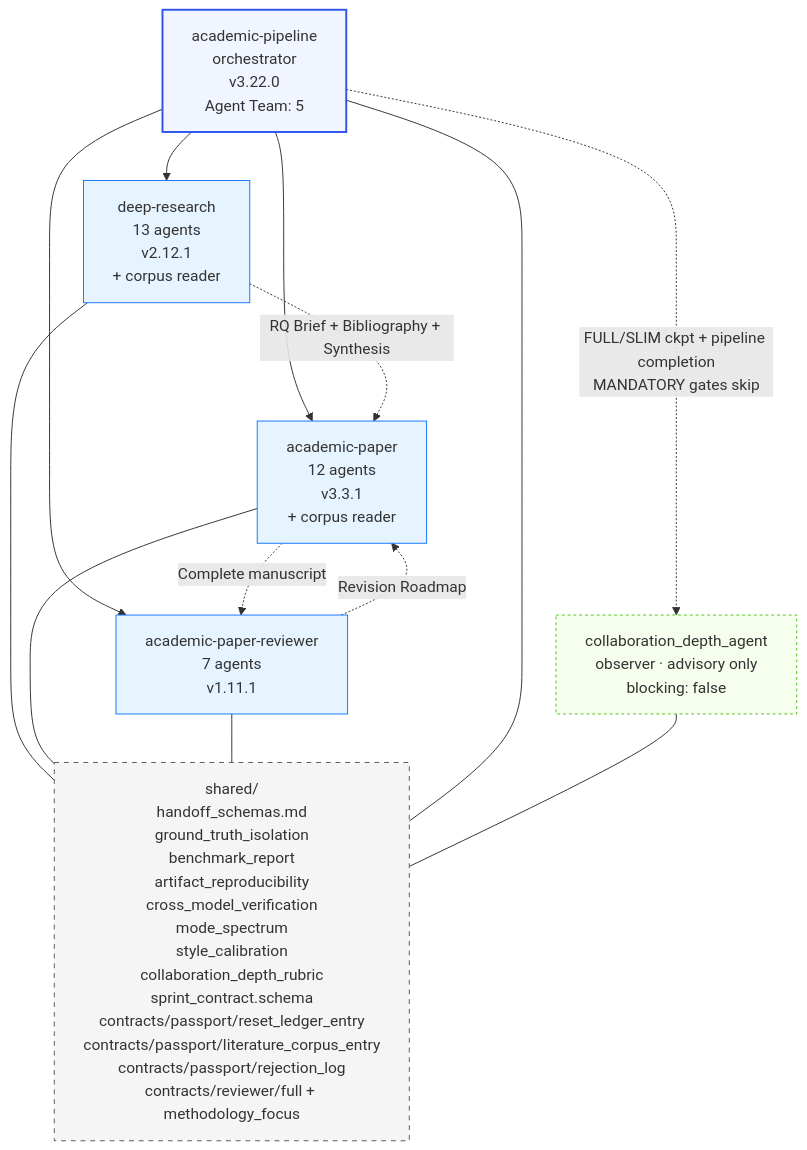
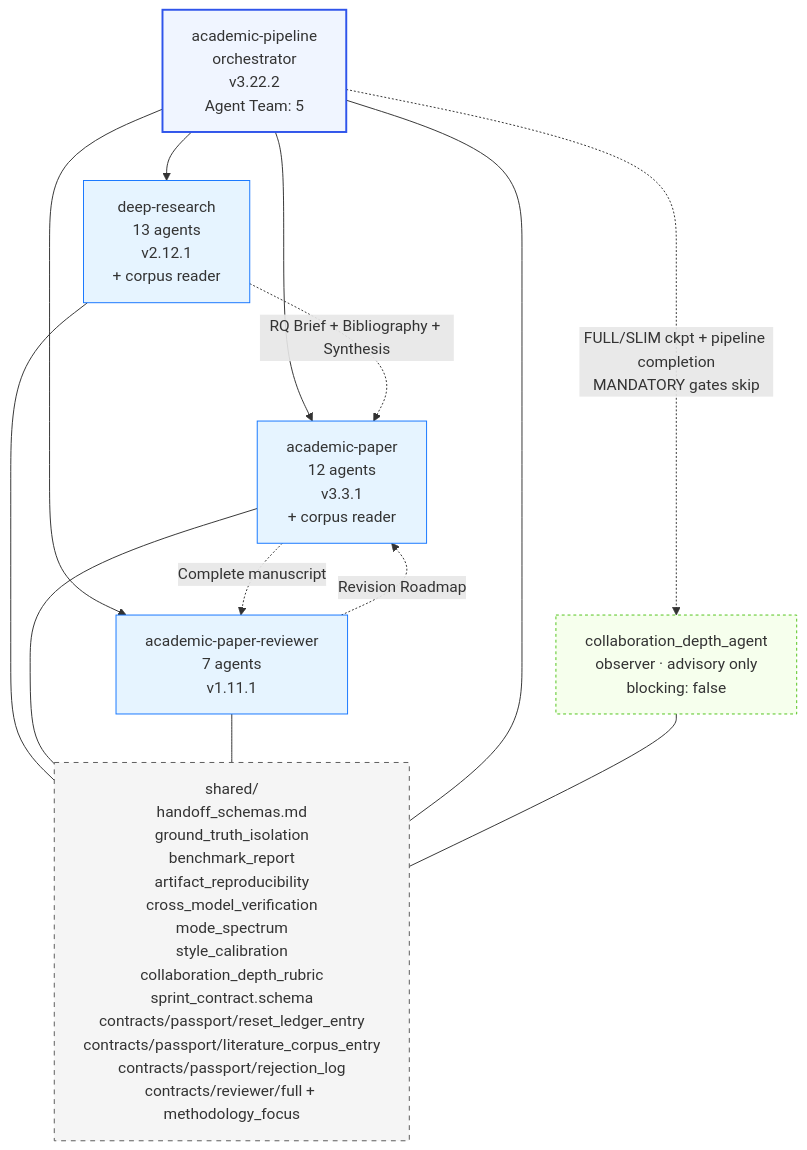
The fourth of 5 diagrams in archives/Imbad0202__academic-research-skills/snapshot/docs/ARCHITECTURE.md (viseshrp/ai-skills-archive), drawn with Mermaid before and after one commit. The commit also changed other lines of this file and 450 other files, not shown here.

````diff
--- a/archives/Imbad0202__academic-research-skills/snapshot/docs/ARCHITECTURE.md
+++ b/archives/Imbad0202__academic-research-skills/snapshot/docs/ARCHITECTURE.md
@@ -218,31 +218,31 @@
 ```mermaid
 graph TD
-    Pipeline[academic-pipeline<br/>orchestrator<br/>v3.22.0<br/>Agent Team: 5]
+    Pipeline[academic-pipeline<br/>orchestrator<br/>v3.22.2<br/>Agent Team: 5]
     Observer[collaboration_depth_agent<br/>observer · advisory only<br/>blocking: false]
     DR[deep-research<br/>13 agents<br/>v2.12.1<br/>+ corpus reader]
     AP[academic-paper<br/>12 agents<br/>v3.3.1<br/>+ corpus reader]
     APR[academic-paper-reviewer<br/>7 agents<br/>v1.11.1]
     Shared[shared/<br/>handoff_schemas.md<br/>ground_truth_isolation<br/>benchmark_report<br/>artifact_reproducibility<br/>cross_model_verification<br/>mode_spectrum<br/>style_calibration<br/>collaboration_depth_rubric<br/>sprint_contract.schema<br/>contracts/passport/reset_ledger_entry<br/>contracts/passport/literature_corpus_entry<br/>contracts/passport/rejection_log<br/>contracts/reviewer/full + methodology_focus]
 
     Pipeline --> DR
     Pipeline --> AP
     Pipeline --> APR
     Pipeline -. "FULL/SLIM ckpt + pipeline completion<br/>MANDATORY gates skip" .-> Observer
     DR -. "RQ Brief + Bibliography + Synthesis" .-> AP
     AP -. "Complete manuscript" .-> APR
     APR -. "Revision Roadmap" .-> AP
     DR --- Shared
     AP --- Shared
     APR --- Shared
     Pipeline --- Shared
     Observer --- Shared
 
     classDef orch fill:#f0f5ff,stroke:#2f54eb,stroke-width:2px
     classDef skill fill:#e6f4ff,stroke:#1677ff
     classDef shared fill:#f5f5f5,stroke:#595959,stroke-dasharray:5 5
     classDef observer fill:#f6ffed,stroke:#52c41a,stroke-dasharray:3 3
     class Pipeline orch
     class DR,AP,APR skill
     class Shared shared
     class Observer observer
 ```
````
